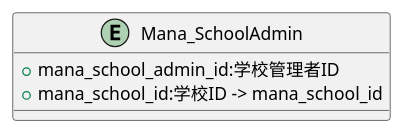
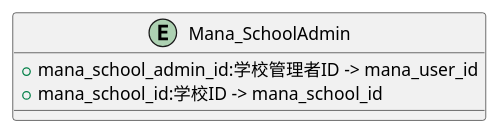
One commit to popoposorara/ERP_ER changed the diagram in Entity/Mana_SchoolAdmin.pu. Above: the diagram before and after it, drawn with PlantUML. The commit also changed 14 other files, not shown here.

```diff
--- a/Entity/Mana_SchoolAdmin.pu
+++ b/Entity/Mana_SchoolAdmin.pu
@@ -1,8 +1,8 @@
 @startuml
 
 entity "Mana_SchoolAdmin" {
-    + mana_school_admin_id:学校管理者ID
+    + mana_school_admin_id:学校管理者ID -> mana_user_id
     + mana_school_id:学校ID -> mana_school_id
 }
 
 @enduml
```
